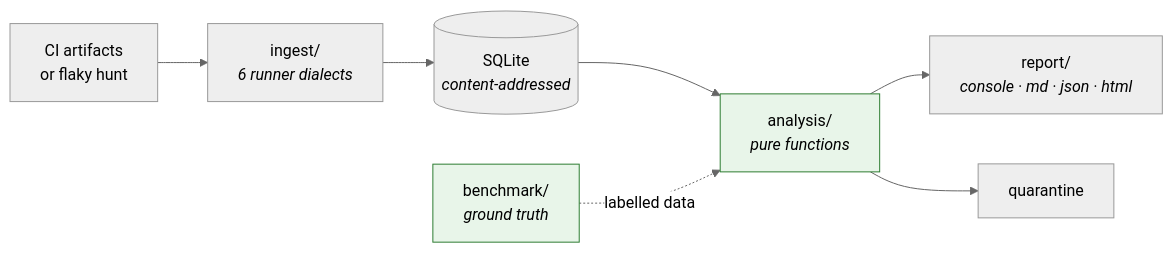
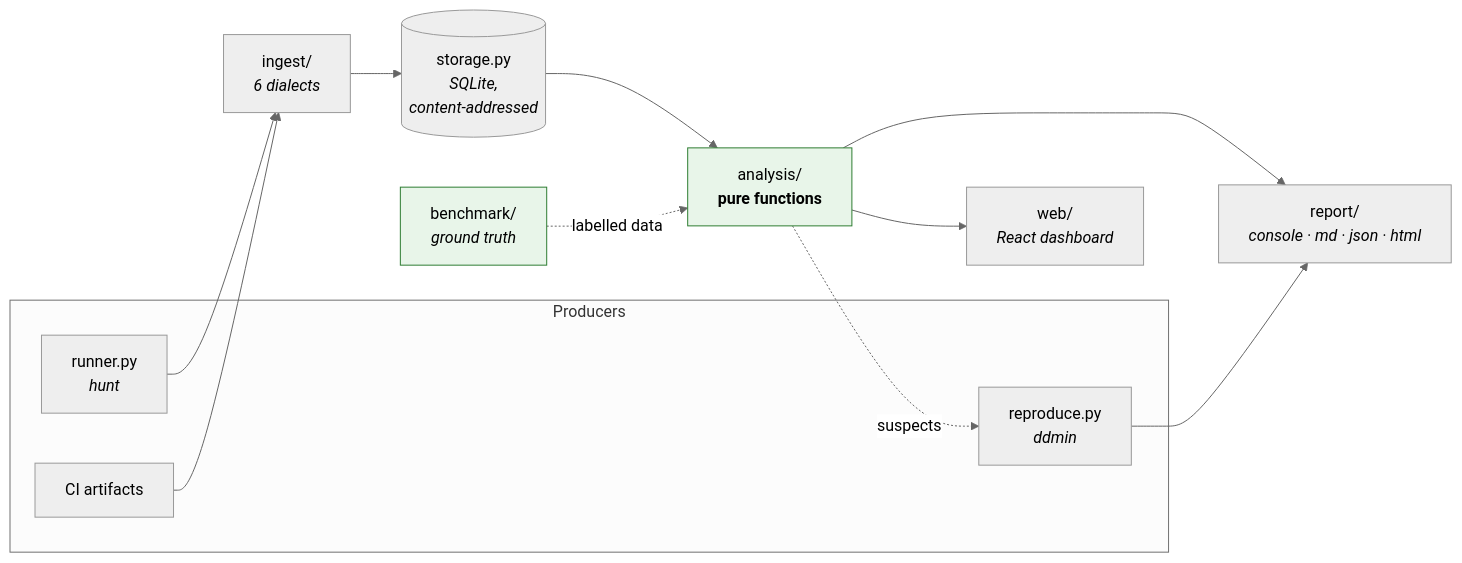
Before and after one commit to ahmedhashmu/flaky-test-detective: the second of 2 diagrams in README.md, drawn with Mermaid (neutral theme). The commit also changed other lines of this file and 1 other file, not shown here.

````diff
--- a/README.md
+++ b/README.md
@@ -634,12 +651,28 @@
 ```mermaid
 flowchart LR
-    ci["CI artifacts<br/>or flaky hunt"] --> ingest["ingest/<br/><i>6 runner dialects</i>"]
-    ingest --> db[("SQLite<br/><i>content-addressed</i>")]
-    db --> analysis["analysis/<br/><i>pure functions</i>"]
-    analysis --> out["report/<br/><i>console · md · json · html</i>"]
-    analysis --> q["quarantine"]
-    bench["benchmark/<br/><i>ground truth</i>"] -.->|"labelled data"| analysis
+    subgraph producers["Producers"]
+        hunt["runner.py<br/><i>hunt</i>"]
+        ci["CI artifacts"]
+        rep["reproduce.py<br/><i>ddmin</i>"]
+    end
+
+    ing["ingest/<br/><i>6 dialects</i>"]
+    db[("storage.py<br/><i>SQLite,<br/>content-addressed</i>")]
+    an["analysis/<br/><b>pure functions</b>"]
+    out["report/<br/><i>console · md · json · html</i>"]
+    web["web/<br/><i>React dashboard</i>"]
+    bench["benchmark/<br/><i>ground truth</i>"]
+
+    hunt --> ing
+    ci --> ing
+    ing --> db
+    db --> an
+    an --> out
+    an --> web
+    an -.->|"suspects"| rep
+    rep --> out
+    bench -.->|"labelled data"| an
 
     classDef pure fill:#e8f5e9,stroke:#2e7d32
-    class analysis,bench pure
+    class an,bench pure
 ```
````
